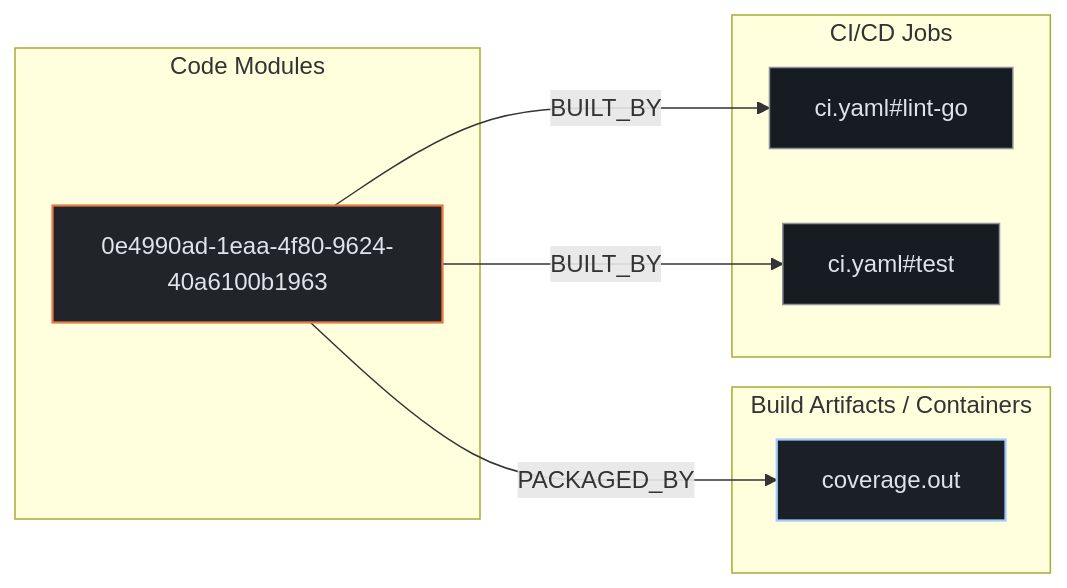
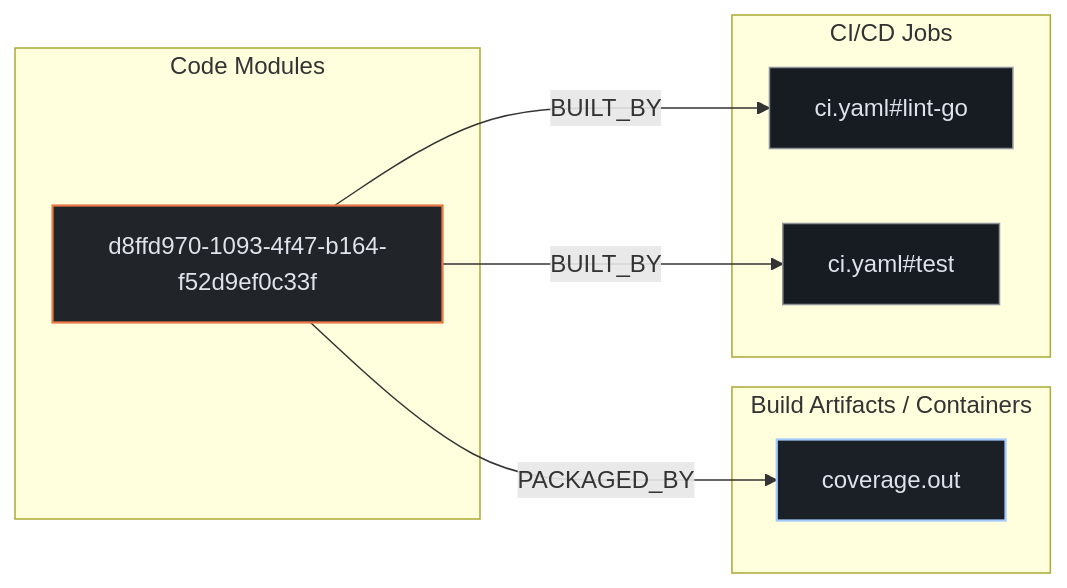
Before and after one commit to kumarshaz/atruss-code-atlas: the second of 3 diagrams in exports/latest/reports/argoproj-notifications-engine-report.md, drawn with Mermaid. The commit also changed other lines of this file and 33 other files, not shown here.

````diff
--- a/exports/latest/reports/argoproj-notifications-engine-report.md
+++ b/exports/latest/reports/argoproj-notifications-engine-report.md
@@ -241,21 +241,21 @@
 ```mermaid
 flowchart LR
     %% title: Code-to-Cloud Deployment Traceability
     classDef atlasCategory fill:#212428,stroke:#E87A48,stroke-width:1.5px,color:#dfe3eb
     classDef atlasWorkflow fill:#1b2026,stroke:#a3c9ff,stroke-width:1.5px,color:#dfe3eb
     classDef atlasJob fill:#171c22,stroke:#8d9199,stroke-width:1px,color:#dfe3eb
     classDef atlasTarget fill:#005227,stroke:#8bd99b,stroke-width:1.5px,color:#a7f6b6
     subgraph code_modules["Code Modules"]
-        mod_0e4990ad_1eaa_4f80_9624_40a6100b1963["0e4990ad-1eaa-4f80-9624-40a6100b1963"]:::atlasCategory
+        mod_d8ffd970_1093_4f47_b164_f52d9ef0c33f["d8ffd970-1093-4f47-b164-f52d9ef0c33f"]:::atlasCategory
     end
     subgraph build_artifacts["Build Artifacts / Containers"]
         art_coverage_out["coverage.out"]:::atlasWorkflow
     end
     subgraph ci_jobs["CI/CD Jobs"]
         job_ci_yaml_lint_go["ci.yaml#lint-go"]:::atlasJob
         job_ci_yaml_test["ci.yaml#test"]:::atlasJob
     end
-    mod_0e4990ad_1eaa_4f80_9624_40a6100b1963 -->|BUILT_BY| job_ci_yaml_lint_go
-    mod_0e4990ad_1eaa_4f80_9624_40a6100b1963 -->|BUILT_BY| job_ci_yaml_test
-    mod_0e4990ad_1eaa_4f80_9624_40a6100b1963 -->|PACKAGED_BY| art_coverage_out
+    mod_d8ffd970_1093_4f47_b164_f52d9ef0c33f -->|BUILT_BY| job_ci_yaml_lint_go
+    mod_d8ffd970_1093_4f47_b164_f52d9ef0c33f -->|BUILT_BY| job_ci_yaml_test
+    mod_d8ffd970_1093_4f47_b164_f52d9ef0c33f -->|PACKAGED_BY| art_coverage_out
 ```
````
